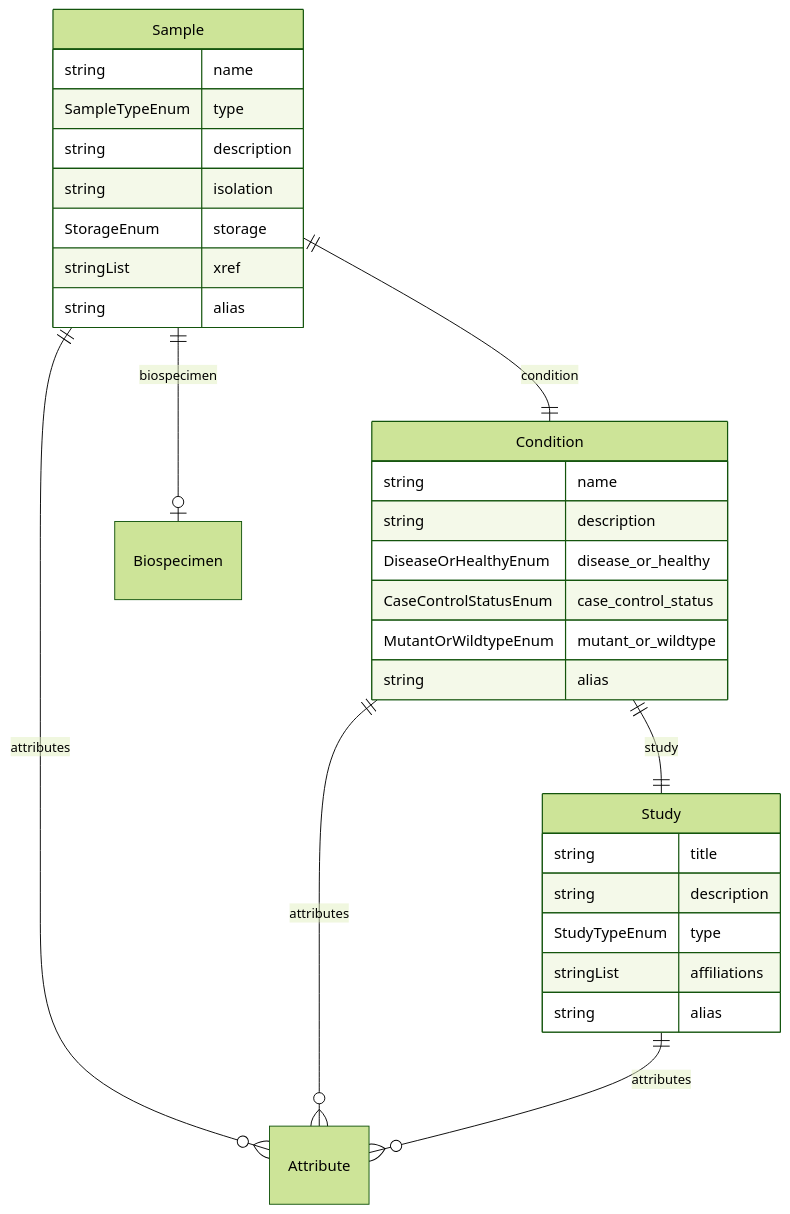
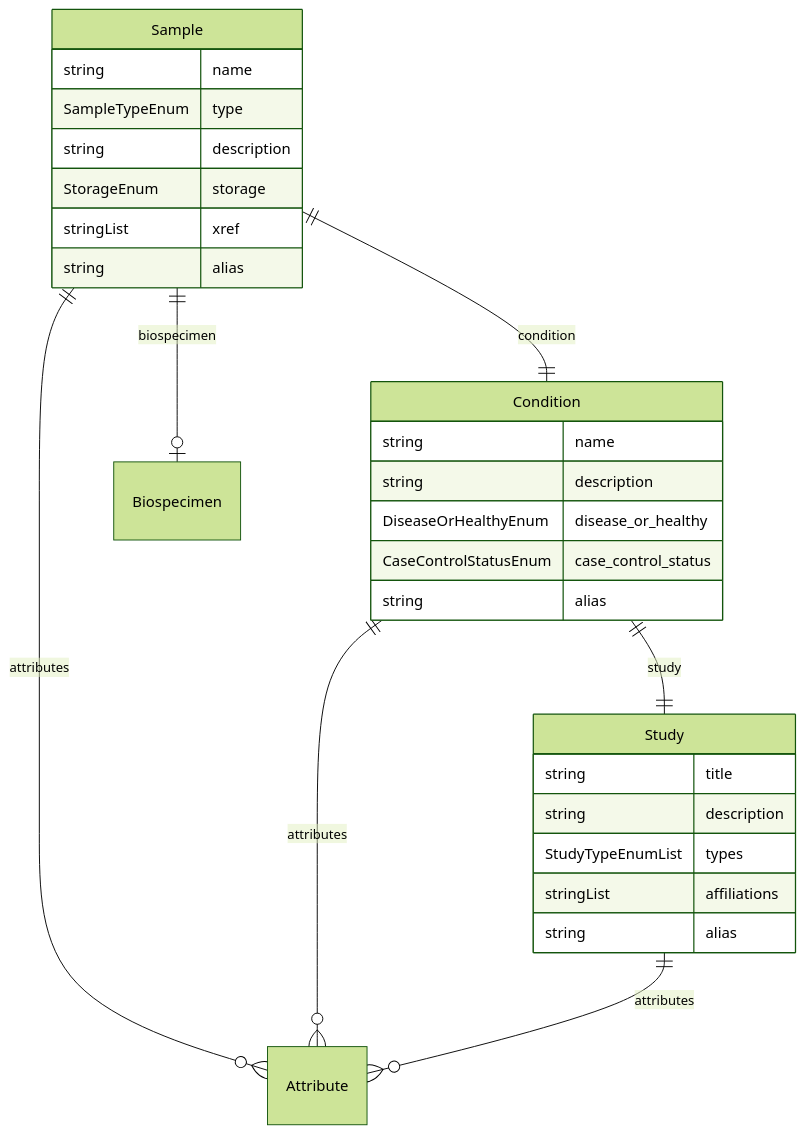
The seventh of 7 diagrams in docs/entity_relations.md (ghga-de/ghga-metadata-schema), drawn with Mermaid (forest theme) before and after one commit. The commit also changed other lines of this file and 53 other files, not shown here.

````diff
--- a/docs/entity_relations.md
+++ b/docs/entity_relations.md
@@ -323,35 +320,33 @@
 ```mermaid
 erDiagram
 Sample {
     string name  
     SampleTypeEnum type  
     string description  
-    string isolation  
     StorageEnum storage  
     stringList xref  
     string alias  
 }
 Condition {
     string name  
     string description  
     DiseaseOrHealthyEnum disease_or_healthy  
     CaseControlStatusEnum case_control_status  
-    MutantOrWildtypeEnum mutant_or_wildtype  
     string alias  
 }
 Study {
     string title  
     string description  
-    StudyTypeEnum type  
+    StudyTypeEnumList types  
     stringList affiliations  
     string alias  
 }
 
 Sample ||--|o Biospecimen : "biospecimen"
 Sample ||--|| Condition : "condition"
 Sample ||--}o Attribute : "attributes"
 Condition ||--|| Study : "study"
 Condition ||--}o Attribute : "attributes"
 Study ||--}o Attribute : "attributes"
 
 ```
````
